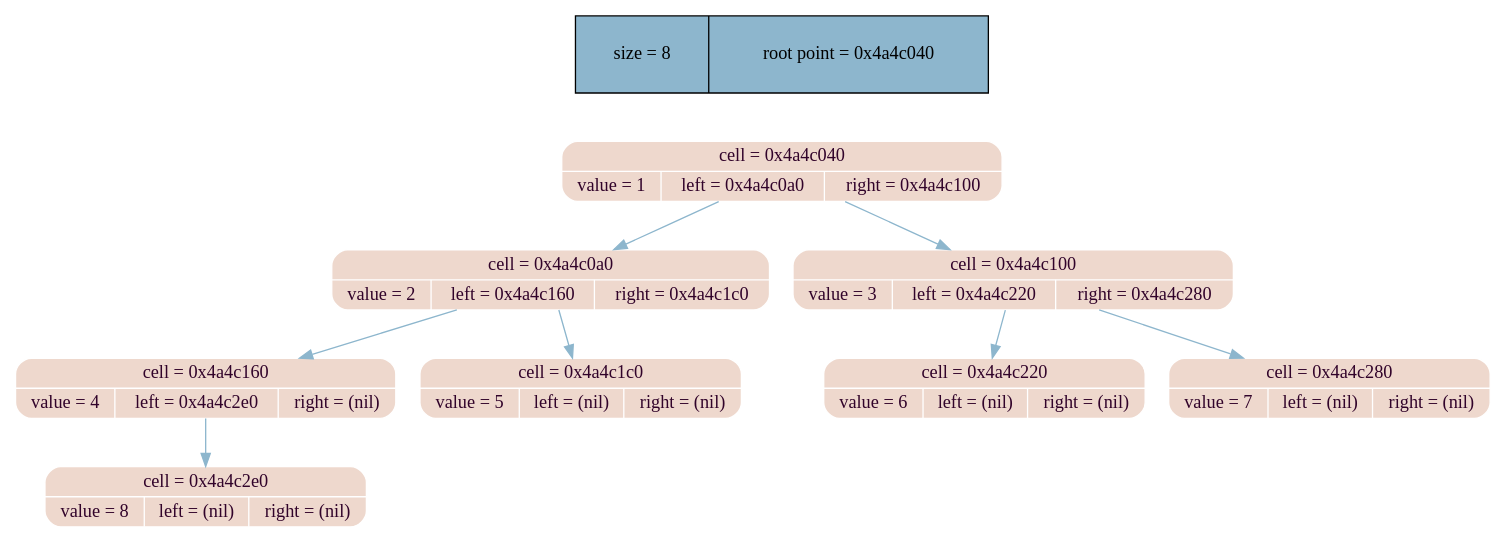
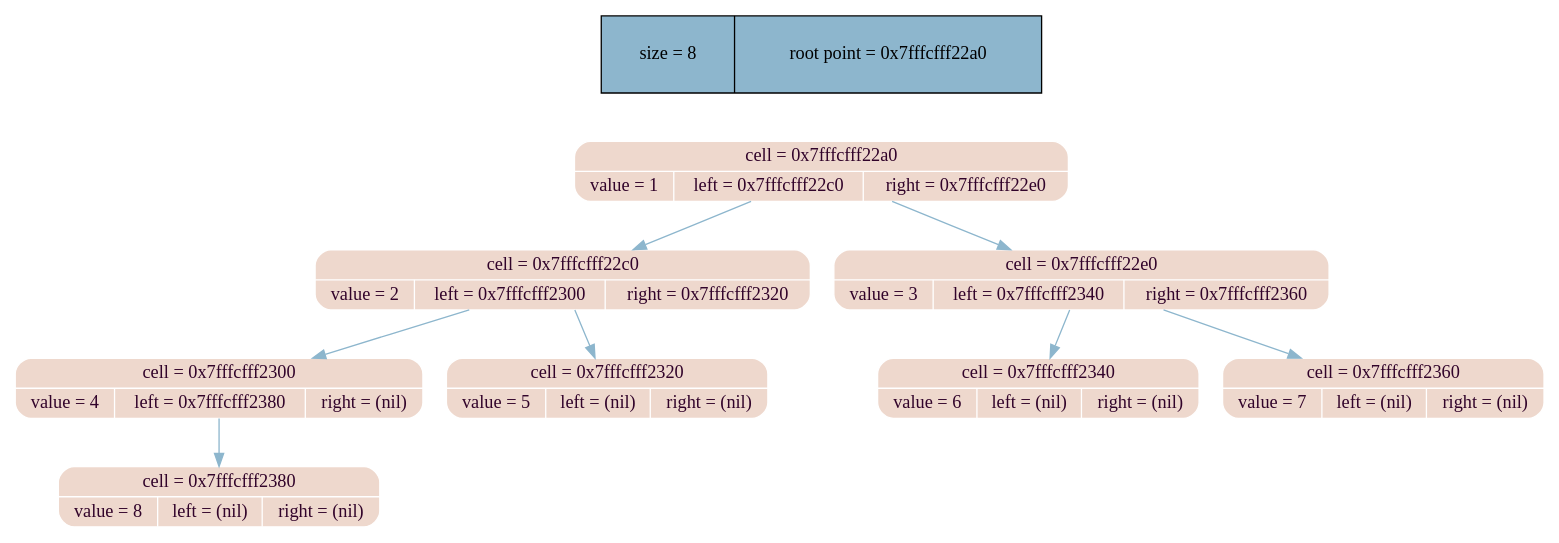
The diagram in dump_info/tree_dump.dot (MaxGroshev/tree), drawn with Graphviz before and after one commit. The commit also changed 6 other files, not shown here.

```diff
--- a/dump_info/tree_dump.dot
+++ b/dump_info/tree_dump.dot
@@ -1,24 +1,24 @@
 digraph   
 {
 rankdir = ""
 splines = "true"
 
-node_stat [margin = "0.3*0.3", style = "filled", shape = "record", fillcolor = "#8DB6CD" label = " size = 8 | root point = 0x4a4c040"]
+node_stat [margin = "0.3*0.3", style = "filled", shape = "record", fillcolor = "#8DB6CD" label = " size = 8 | root point = 0x7fffcfff22a0"]
 {rank = source; node_stat}
 
-node0x4a4c040 [shape = "Mrecord", fillcolor = "#eed8cd", style = "filled", fontcolor = "#31032A", fontname = "Calibri", color = "white", label = "{cell = 0x4a4c040\n | {value = 1 |left = 0x4a4c0a0 |right = 0x4a4c100}}"]
-node0x4a4c040 -> node0x4a4c0a0 [color = "#8DB6CD", style = "", constraint = true, fillcolor = "#8DB6CD",   fontcolor = "", fontname = "Calibri", label = ""];
-node0x4a4c0a0 [shape = "Mrecord", fillcolor = "#eed8cd", style = "filled", fontcolor = "#31032A", fontname = "Calibri", color = "white", label = "{cell = 0x4a4c0a0\n | {value = 2 |left = 0x4a4c160 |right = 0x4a4c1c0}}"]
-node0x4a4c0a0 -> node0x4a4c160 [color = "#8DB6CD", style = "", constraint = true, fillcolor = "#8DB6CD",   fontcolor = "", fontname = "Calibri", label = ""];
-node0x4a4c160 [shape = "Mrecord", fillcolor = "#eed8cd", style = "filled", fontcolor = "#31032A", fontname = "Calibri", color = "white", label = "{cell = 0x4a4c160\n | {value = 4 |left = 0x4a4c2e0 |right = (nil)}}"]
-node0x4a4c160 -> node0x4a4c2e0 [color = "#8DB6CD", style = "", constraint = true, fillcolor = "#8DB6CD",   fontcolor = "", fontname = "Calibri", label = ""];
-node0x4a4c2e0 [shape = "Mrecord", fillcolor = "#eed8cd", style = "filled", fontcolor = "#31032A", fontname = "Calibri", color = "white", label = "{cell = 0x4a4c2e0\n | {value = 8 |left = (nil) |right = (nil)}}"]
-node0x4a4c0a0 -> node0x4a4c1c0 [color = "#8DB6CD", style = "", constraint = true, fillcolor = "#8DB6CD",   fontcolor = "", fontname = "Calibri", label = ""];
-node0x4a4c1c0 [shape = "Mrecord", fillcolor = "#eed8cd", style = "filled", fontcolor = "#31032A", fontname = "Calibri", color = "white", label = "{cell = 0x4a4c1c0\n | {value = 5 |left = (nil) |right = (nil)}}"]
-node0x4a4c040 -> node0x4a4c100 [color = "#8DB6CD", style = "", constraint = true, fillcolor = "#8DB6CD",   fontcolor = "", fontname = "Calibri", label = ""];
-node0x4a4c100 [shape = "Mrecord", fillcolor = "#eed8cd", style = "filled", fontcolor = "#31032A", fontname = "Calibri", color = "white", label = "{cell = 0x4a4c100\n | {value = 3 |left = 0x4a4c220 |right = 0x4a4c280}}"]
-node0x4a4c100 -> node0x4a4c220 [color = "#8DB6CD", style = "", constraint = true, fillcolor = "#8DB6CD",   fontcolor = "", fontname = "Calibri", label = ""];
-node0x4a4c220 [shape = "Mrecord", fillcolor = "#eed8cd", style = "filled", fontcolor = "#31032A", fontname = "Calibri", color = "white", label = "{cell = 0x4a4c220\n | {value = 6 |left = (nil) |right = (nil)}}"]
-node0x4a4c100 -> node0x4a4c280 [color = "#8DB6CD", style = "", constraint = true, fillcolor = "#8DB6CD",   fontcolor = "", fontname = "Calibri", label = ""];
-node0x4a4c280 [shape = "Mrecord", fillcolor = "#eed8cd", style = "filled", fontcolor = "#31032A", fontname = "Calibri", color = "white", label = "{cell = 0x4a4c280\n | {value = 7 |left = (nil) |right = (nil)}}"]
+node0x7fffcfff22a0 [shape = "Mrecord", fillcolor = "#eed8cd", style = "filled", fontcolor = "#31032A", fontname = "Calibri", color = "white", label = "{cell = 0x7fffcfff22a0\n | {value = 1 |left = 0x7fffcfff22c0 |right = 0x7fffcfff22e0}}"]
+node0x7fffcfff22a0 -> node0x7fffcfff22c0 [color = "#8DB6CD", style = "", constraint = true, fillcolor = "#8DB6CD",   fontcolor = "", fontname = "Calibri", label = ""];
+node0x7fffcfff22c0 [shape = "Mrecord", fillcolor = "#eed8cd", style = "filled", fontcolor = "#31032A", fontname = "Calibri", color = "white", label = "{cell = 0x7fffcfff22c0\n | {value = 2 |left = 0x7fffcfff2300 |right = 0x7fffcfff2320}}"]
+node0x7fffcfff22c0 -> node0x7fffcfff2300 [color = "#8DB6CD", style = "", constraint = true, fillcolor = "#8DB6CD",   fontcolor = "", fontname = "Calibri", label = ""];
+node0x7fffcfff2300 [shape = "Mrecord", fillcolor = "#eed8cd", style = "filled", fontcolor = "#31032A", fontname = "Calibri", color = "white", label = "{cell = 0x7fffcfff2300\n | {value = 4 |left = 0x7fffcfff2380 |right = (nil)}}"]
+node0x7fffcfff2300 -> node0x7fffcfff2380 [color = "#8DB6CD", style = "", constraint = true, fillcolor = "#8DB6CD",   fontcolor = "", fontname = "Calibri", label = ""];
+node0x7fffcfff2380 [shape = "Mrecord", fillcolor = "#eed8cd", style = "filled", fontcolor = "#31032A", fontname = "Calibri", color = "white", label = "{cell = 0x7fffcfff2380\n | {value = 8 |left = (nil) |right = (nil)}}"]
+node0x7fffcfff22c0 -> node0x7fffcfff2320 [color = "#8DB6CD", style = "", constraint = true, fillcolor = "#8DB6CD",   fontcolor = "", fontname = "Calibri", label = ""];
+node0x7fffcfff2320 [shape = "Mrecord", fillcolor = "#eed8cd", style = "filled", fontcolor = "#31032A", fontname = "Calibri", color = "white", label = "{cell = 0x7fffcfff2320\n | {value = 5 |left = (nil) |right = (nil)}}"]
+node0x7fffcfff22a0 -> node0x7fffcfff22e0 [color = "#8DB6CD", style = "", constraint = true, fillcolor = "#8DB6CD",   fontcolor = "", fontname = "Calibri", label = ""];
+node0x7fffcfff22e0 [shape = "Mrecord", fillcolor = "#eed8cd", style = "filled", fontcolor = "#31032A", fontname = "Calibri", color = "white", label = "{cell = 0x7fffcfff22e0\n | {value = 3 |left = 0x7fffcfff2340 |right = 0x7fffcfff2360}}"]
+node0x7fffcfff22e0 -> node0x7fffcfff2340 [color = "#8DB6CD", style = "", constraint = true, fillcolor = "#8DB6CD",   fontcolor = "", fontname = "Calibri", label = ""];
+node0x7fffcfff2340 [shape = "Mrecord", fillcolor = "#eed8cd", style = "filled", fontcolor = "#31032A", fontname = "Calibri", color = "white", label = "{cell = 0x7fffcfff2340\n | {value = 6 |left = (nil) |right = (nil)}}"]
+node0x7fffcfff22e0 -> node0x7fffcfff2360 [color = "#8DB6CD", style = "", constraint = true, fillcolor = "#8DB6CD",   fontcolor = "", fontname = "Calibri", label = ""];
+node0x7fffcfff2360 [shape = "Mrecord", fillcolor = "#eed8cd", style = "filled", fontcolor = "#31032A", fontname = "Calibri", color = "white", label = "{cell = 0x7fffcfff2360\n | {value = 7 |left = (nil) |right = (nil)}}"]
 }
```
